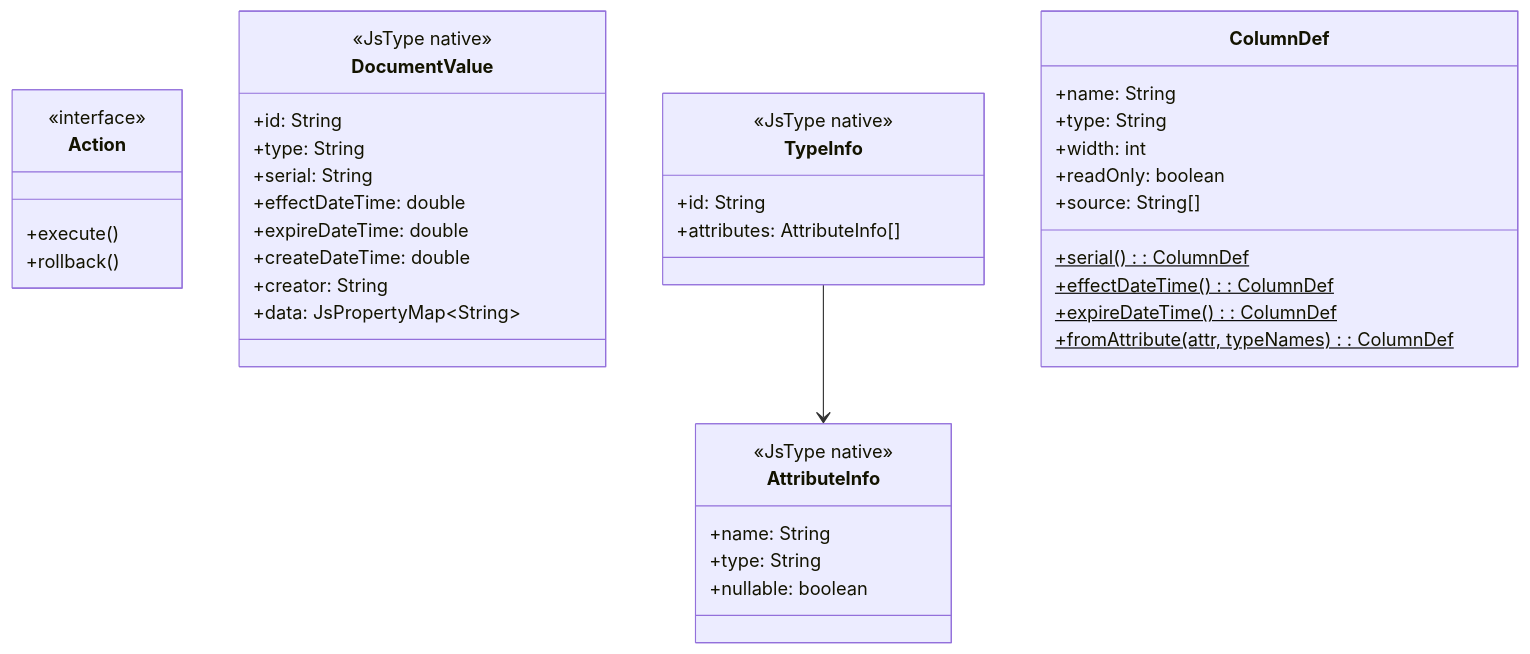
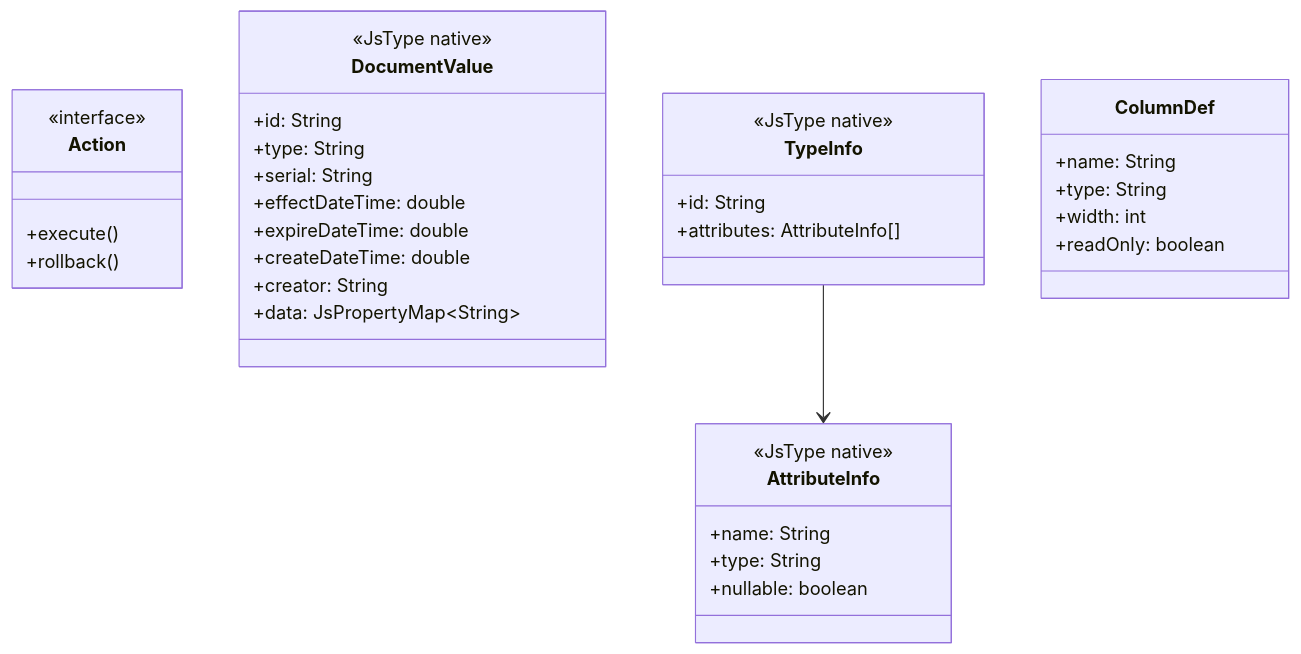
The first of 9 diagrams in document-ui/CLASS-DIAGRAM.md (sayaya1090/handbook), drawn with Mermaid before and after one commit. The commit also changed other lines of this file and 645 other files, not shown here.

````diff
--- a/document-ui/CLASS-DIAGRAM.md
+++ b/document-ui/CLASS-DIAGRAM.md
@@ -5,47 +5,42 @@
 ```mermaid
 classDiagram
     class Action {
         <<interface>>
         +execute()
         +rollback()
     }
 
     class DocumentValue {
         <<JsType native>>
         +id: String
         +type: String
         +serial: String
         +effectDateTime: double
         +expireDateTime: double
         +createDateTime: double
         +creator: String
         +data: JsPropertyMap~String~
     }
 
     class TypeInfo {
         <<JsType native>>
         +id: String
         +attributes: AttributeInfo[]
     }
 
     class AttributeInfo {
         <<JsType native>>
         +name: String
         +type: String
         +nullable: boolean
     }
 
     class ColumnDef {
         +name: String
         +type: String
         +width: int
         +readOnly: boolean
-        +source: String[]
-        +serial()$: ColumnDef
-        +effectDateTime()$: ColumnDef
-        +expireDateTime()$: ColumnDef
-        +fromAttribute(attr, typeNames)$: ColumnDef
     }
 
     TypeInfo --> AttributeInfo
 ```
````
